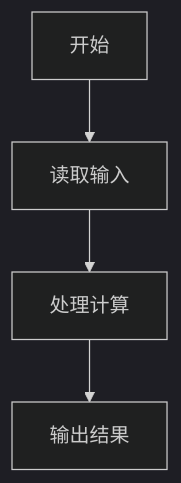
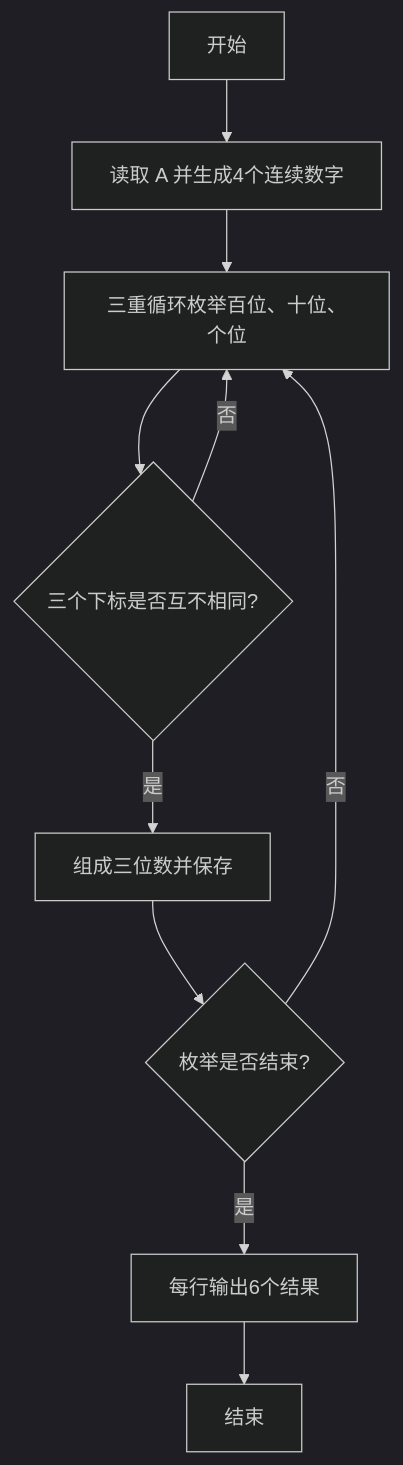
The first of 2 diagrams in 编程题/PTA基础编程题目集 7-16求符合给定条件的整数集（Lua语言实现）.md (pta-program/pta_basic_program_article_by_lua), drawn with Mermaid (dark theme) before and after one commit. The commit also changed other lines of this file and 50 other files, not shown here.

````diff
--- a/编程题/PTA基础编程题目集 7-16求符合给定条件的整数集（Lua语言实现）.md
+++ b/编程题/PTA基础编程题目集 7-16求符合给定条件的整数集（Lua语言实现）.md
@@ -62,6 +68,12 @@
 ```mermaid
 flowchart TD
-  A[开始] --> B[读取输入]
-  B --> C[处理计算]
-  C --> D[输出结果]
+  A[开始] --> B[读取 A 并生成4个连续数字]
+  B --> C[三重循环枚举百位、十位、个位]
+  C --> D{三个下标是否互不相同?}
+  D -->|否| C
+  D -->|是| E[组成三位数并保存]
+  E --> F{枚举是否结束?}
+  F -->|否| C
+  F -->|是| G[每行输出6个结果]
+  G --> H[结束]
 ```
````
